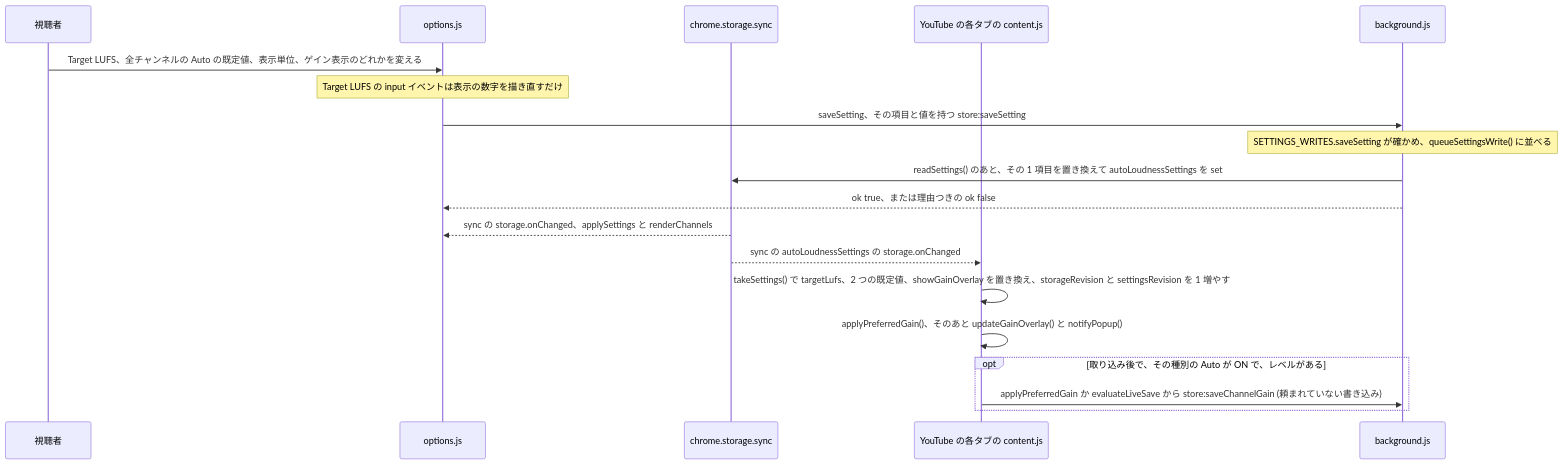
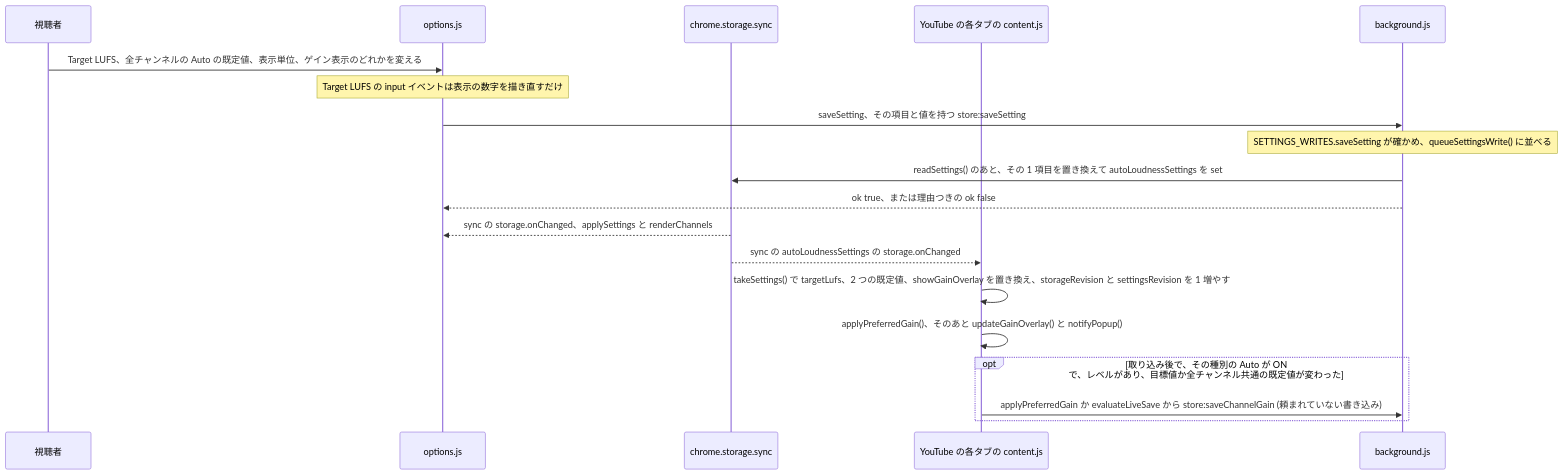
Before and after one commit to semnil/yt-channel-volume: diagram 13 of 14 in docs/gain-change-and-save.ja.md, drawn with Mermaid. The commit also changed other lines of this file and 5 other files, not shown here.

````diff
--- a/docs/gain-change-and-save.ja.md
+++ b/docs/gain-change-and-save.ja.md
@@ -633,21 +633,21 @@
 ```mermaid
 sequenceDiagram
   participant V as 視聴者
   participant O as options.js
   participant S as chrome.storage.sync
   participant C as YouTube の各タブの content.js
   participant W as background.js
   V->>O: Target LUFS、全チャンネルの Auto の既定値、表示単位、ゲイン表示のどれかを変える
   Note over O: Target LUFS の input イベントは表示の数字を描き直すだけ
   O->>W: saveSetting、その項目と値を持つ store:saveSetting
   Note over W: SETTINGS_WRITES.saveSetting が確かめ、queueSettingsWrite() に並べる
   W->>S: readSettings() のあと、その 1 項目を置き換えて autoLoudnessSettings を set
   W-->>O: ok true、または理由つきの ok false
   S-->>O: sync の storage.onChanged、applySettings と renderChannels
   S-->>C: sync の autoLoudnessSettings の storage.onChanged
   C->>C: takeSettings() で targetLufs、2 つの既定値、showGainOverlay を置き換え、storageRevision と settingsRevision を 1 増やす
   C->>C: applyPreferredGain()、そのあと updateGainOverlay() と notifyPopup()
-  opt 取り込み後で、その種別の Auto が ON で、レベルがある
+  opt 取り込み後で、その種別の Auto が ON で、レベルがあり、目標値か全チャンネル共通の既定値が変わった
     C->>W: applyPreferredGain か evaluateLiveSave から store:saveChannelGain (頼まれていない書き込み)
   end
 ```
````
